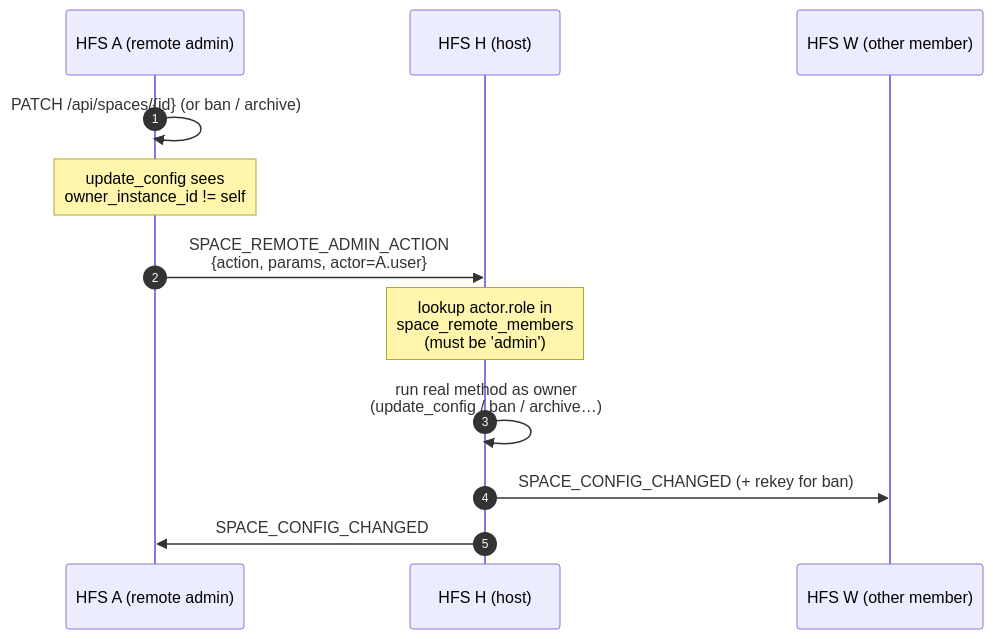
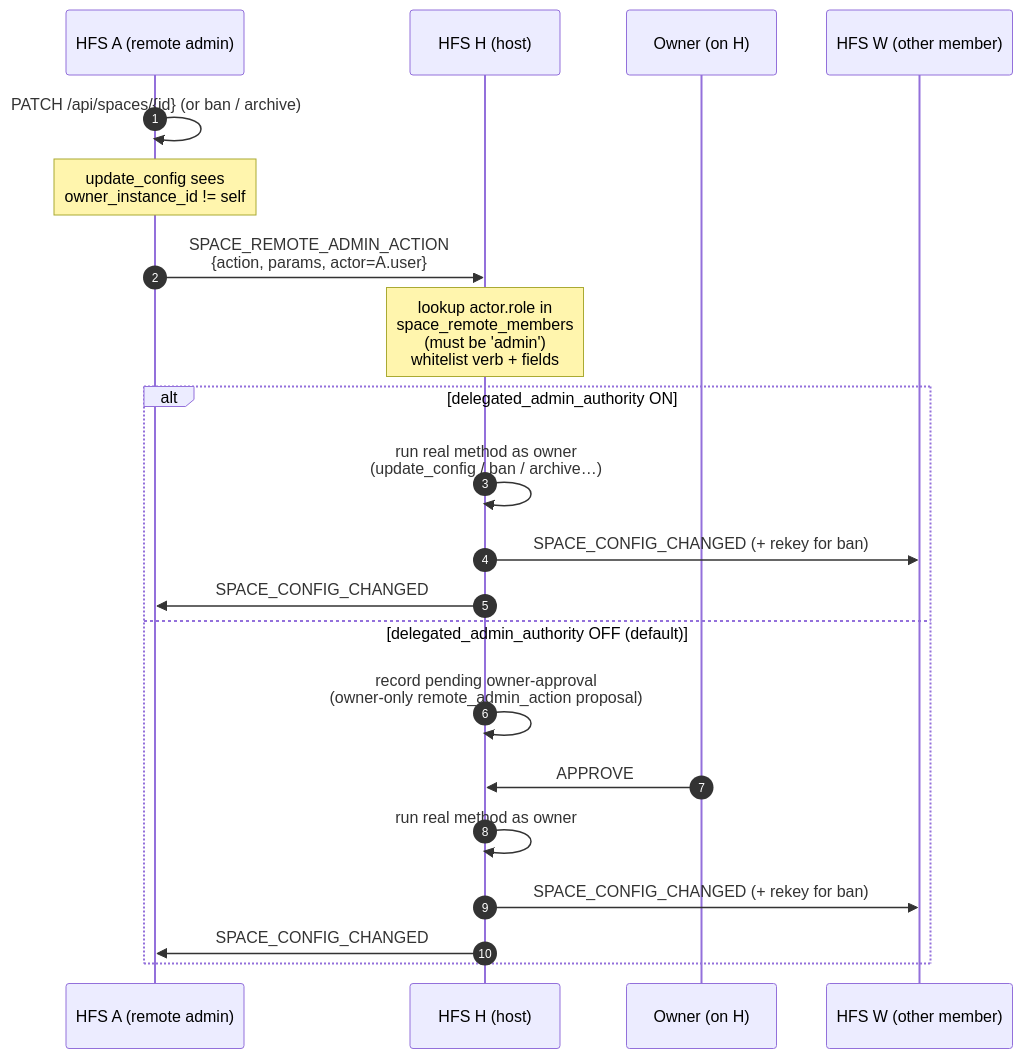
Before and after one commit to social-home-io/social-home: the eighth of 11 diagrams in docs/protocol/spaces.md, drawn with Mermaid. The commit also changed other lines of this file and 12 other files, not shown here.

First line of the commit message:
Owner approves forwarded admin actions when delegation is off (Phase 6a) (#612)

````diff
--- a/docs/protocol/spaces.md
+++ b/docs/protocol/spaces.md
@@ -632,14 +659,23 @@
 ```mermaid
 sequenceDiagram
     autonumber
     participant A as HFS A (remote admin)
     participant H as HFS H (host)
+    participant O as Owner (on H)
     participant W as HFS W (other member)
     A->>A: PATCH /api/spaces/{id}  (or ban / archive)
     Note over A: update_config sees<br/>owner_instance_id != self
     A->>H: SPACE_REMOTE_ADMIN_ACTION<br/>{action, params, actor=A.user}
-    Note over H: lookup actor.role in<br/>space_remote_members<br/>(must be 'admin')
-    H->>H: run real method as owner<br/>(update_config / ban / archive…)
-    H->>W: SPACE_CONFIG_CHANGED (+ rekey for ban)
-    H->>A: SPACE_CONFIG_CHANGED
+    Note over H: lookup actor.role in<br/>space_remote_members<br/>(must be 'admin')<br/>whitelist verb + fields
+    alt delegated_admin_authority ON
+        H->>H: run real method as owner<br/>(update_config / ban / archive…)
+        H->>W: SPACE_CONFIG_CHANGED (+ rekey for ban)
+        H->>A: SPACE_CONFIG_CHANGED
+    else delegated_admin_authority OFF (default)
+        H->>H: record pending owner-approval<br/>(owner-only remote_admin_action proposal)
+        O->>H: APPROVE
+        H->>H: run real method as owner
+        H->>W: SPACE_CONFIG_CHANGED (+ rekey for ban)
+        H->>A: SPACE_CONFIG_CHANGED
+    end
 ```
````
